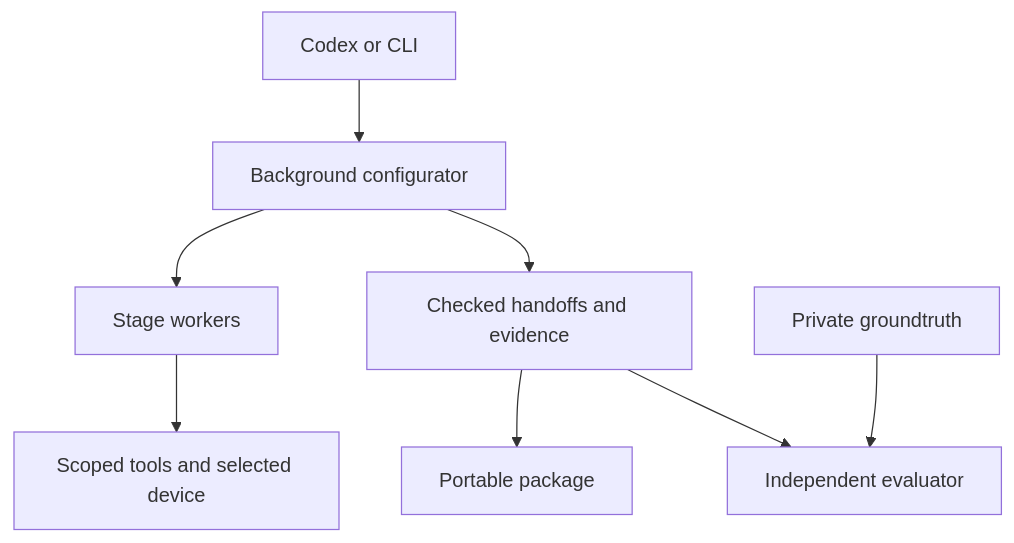
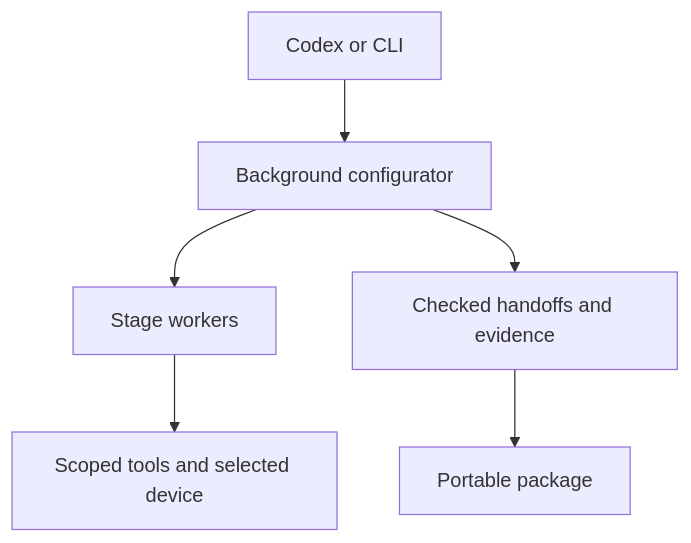
The first of 2 diagrams in docs/design.md (cam-berger/generative-driver), drawn with Mermaid before and after one commit. The commit also changed other lines of this file and 206 other files, not shown here.

````diff
--- a/docs/design.md
+++ b/docs/design.md
@@ -15,10 +13,8 @@
 ```mermaid
 flowchart TD
     U[Codex or CLI] --> C[Background configurator]
     C --> A[Stage workers]
     A --> T[Scoped tools and selected device]
     C --> E[Checked handoffs and evidence]
     E --> P[Portable package]
-    E --> V[Independent evaluator]
-    G[Private groundtruth] --> V
 ```
````
